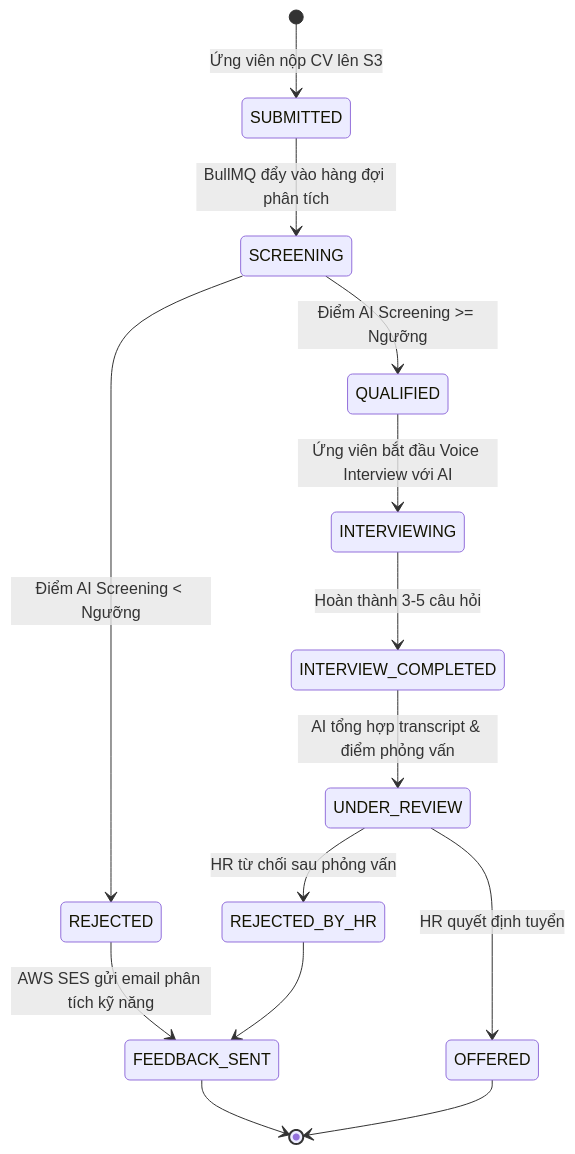
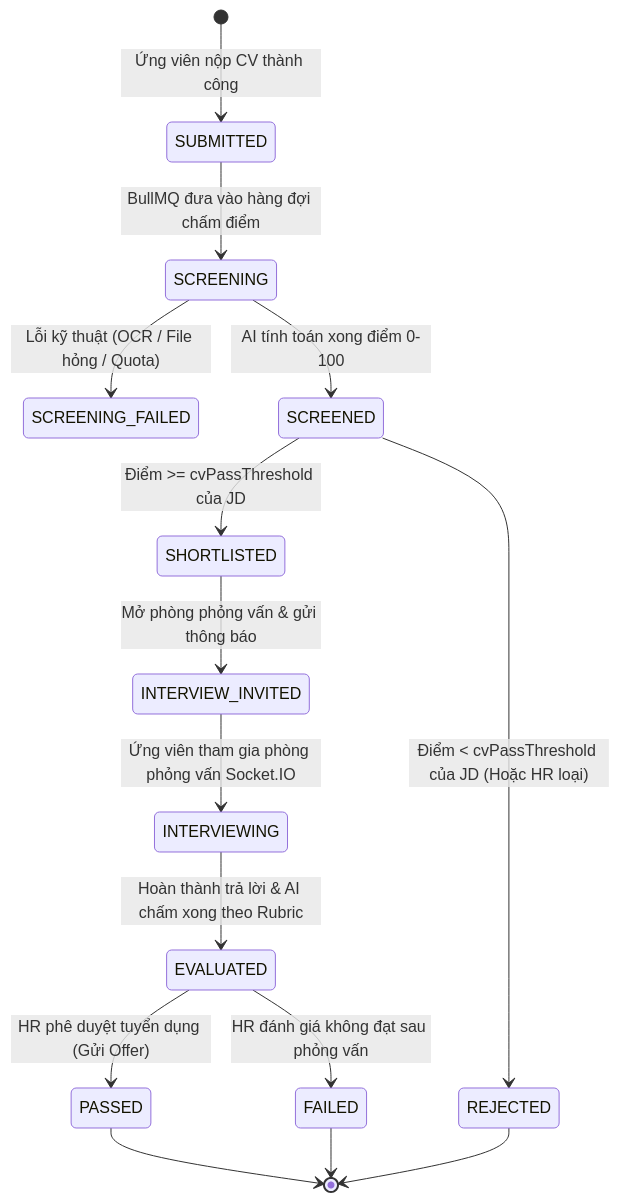
Before and after one commit to phathuy2805/ai-resume: the diagram in specs/mission.md, drawn with Mermaid. The commit also changed other lines of this file and 15 other files, not shown here.

````diff
--- a/specs/mission.md
+++ b/specs/mission.md
@@ -66,19 +78,21 @@
 ```mermaid
 stateDiagram-v2
-    [*] --> SUBMITTED: Ứng viên nộp CV lên S3
-    SUBMITTED --> SCREENING: BullMQ đẩy vào hàng đợi phân tích
-    SCREENING --> QUALIFIED: Điểm AI Screening >= Ngưỡng
-    SCREENING --> REJECTED: Điểm AI Screening < Ngưỡng
+    [*] --> SUBMITTED: Ứng viên nộp CV thành công
+    SUBMITTED --> SCREENING: BullMQ đưa vào hàng đợi chấm điểm
+    SCREENING --> SCREENING_FAILED: Lỗi kỹ thuật (OCR / File hỏng / Quota)
+    SCREENING --> SCREENED: AI tính toán xong điểm 0-100
     
-    REJECTED --> FEEDBACK_SENT: AWS SES gửi email phân tích kỹ năng
-    FEEDBACK_SENT --> [*]
+    SCREENED --> SHORTLISTED: Điểm >= cvPassThreshold của JD
+    SCREENED --> REJECTED: Điểm < cvPassThreshold của JD (Hoặc HR loại)
     
-    QUALIFIED --> INTERVIEWING: Ứng viên bắt đầu Voice Interview với AI
-    INTERVIEWING --> INTERVIEW_COMPLETED: Hoàn thành 3-5 câu hỏi
-    INTERVIEW_COMPLETED --> UNDER_REVIEW: AI tổng hợp transcript & điểm phỏng vấn
+    SHORTLISTED --> INTERVIEW_INVITED: Mở phòng phỏng vấn & gửi thông báo
+    INTERVIEW_INVITED --> INTERVIEWING: Ứng viên tham gia phòng phỏng vấn Socket.IO
+    INTERVIEWING --> EVALUATED: Hoàn thành trả lời & AI chấm xong theo Rubric
     
-    UNDER_REVIEW --> OFFERED: HR quyết định tuyển
-    UNDER_REVIEW --> REJECTED_BY_HR: HR từ chối sau phỏng vấn
-    OFFERED --> [*]
-    REJECTED_BY_HR --> FEEDBACK_SENT
+    EVALUATED --> PASSED: HR phê duyệt tuyển dụng (Gửi Offer)
+    EVALUATED --> FAILED: HR đánh giá không đạt sau phỏng vấn
+    
+    PASSED --> [*]
+    FAILED --> [*]
+    REJECTED --> [*]
 ```
````
